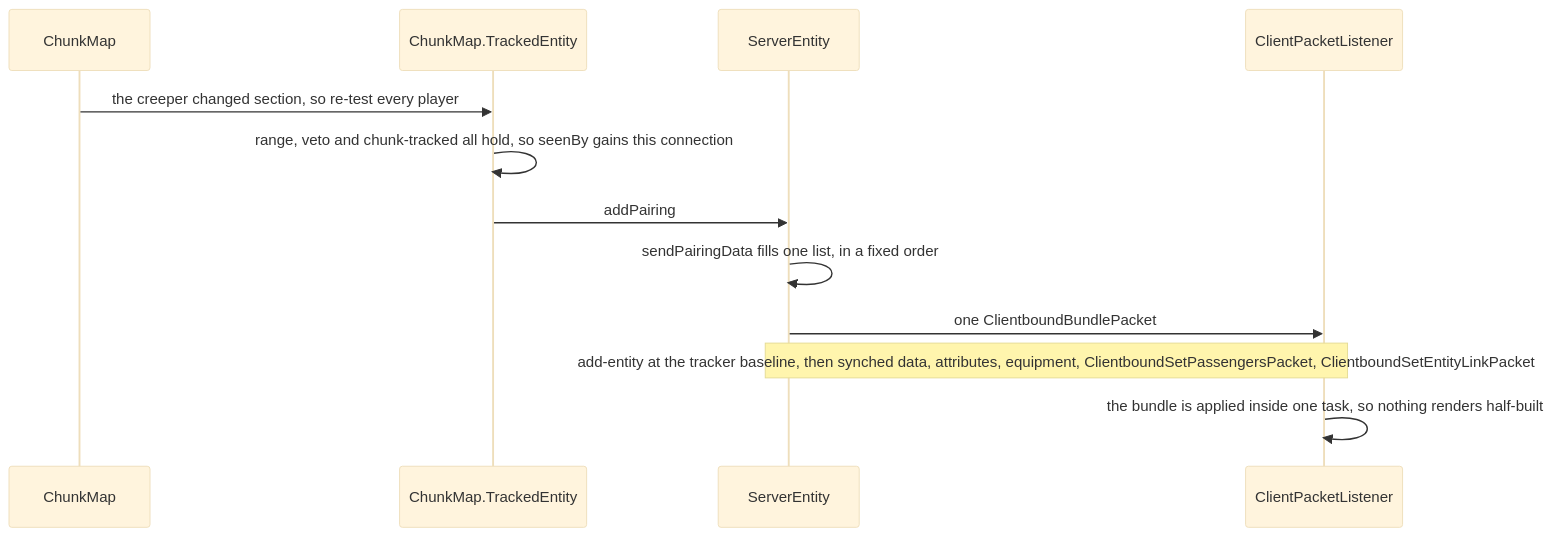
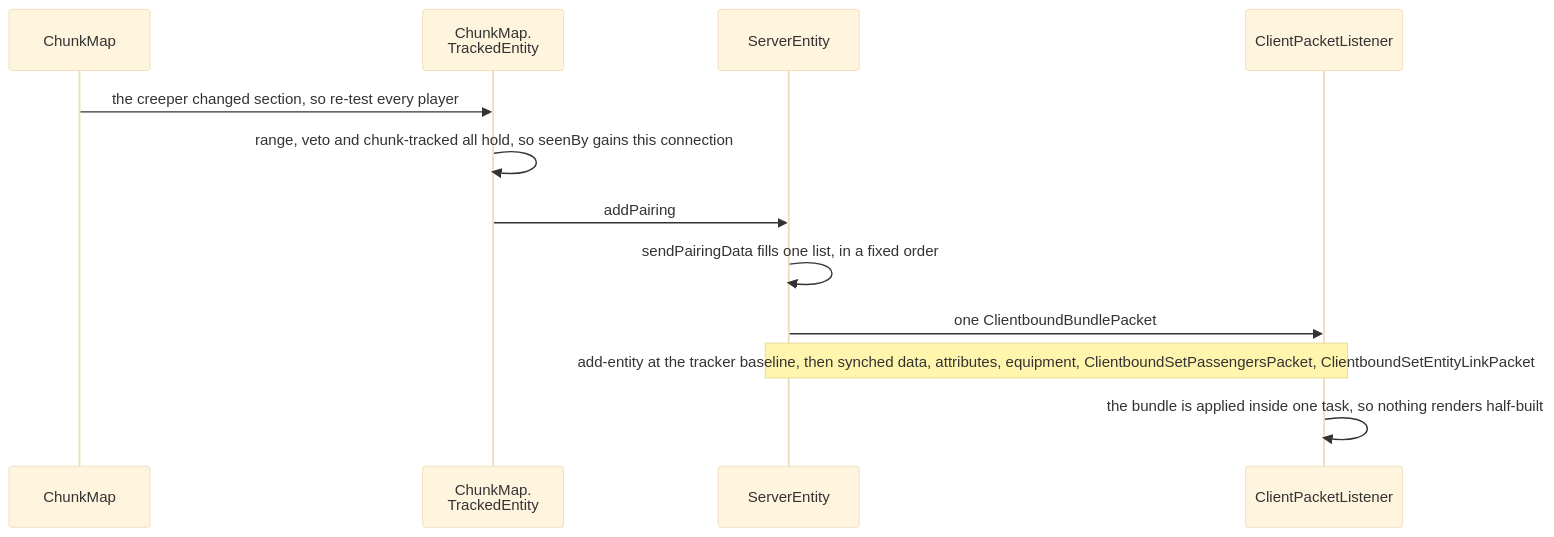
Before and after one commit to AlexanderjFraser/MinecraftDocs: the second of 2 diagrams in src/systems/networking/what-the-client-is-told.md, drawn with Mermaid (base theme). The commit also changed 68 other files, not shown here.

````diff
--- a/src/systems/networking/what-the-client-is-told.md
+++ b/src/systems/networking/what-the-client-is-told.md
@@ -108,15 +108,15 @@
 ```mermaid
 sequenceDiagram
     participant CM as ChunkMap
-    participant CMTE as ChunkMap.TrackedEntity
+    participant CMTE as ChunkMap.<br/>TrackedEntity
     participant SE as ServerEntity
     participant CPL as ClientPacketListener
 
     CM->>CMTE: the creeper changed section, so re-test every player
     CMTE->>CMTE: range, veto and chunk-tracked all hold, so seenBy gains this connection
     CMTE->>SE: addPairing
     SE->>SE: sendPairingData fills one list, in a fixed order
     SE->>CPL: one ClientboundBundlePacket
     Note over SE,CPL: add-entity at the tracker baseline, then synched data, attributes, equipment, ClientboundSetPassengersPacket, ClientboundSetEntityLinkPacket
     CPL->>CPL: the bundle is applied inside one task, so nothing renders half-built
 ```
````
